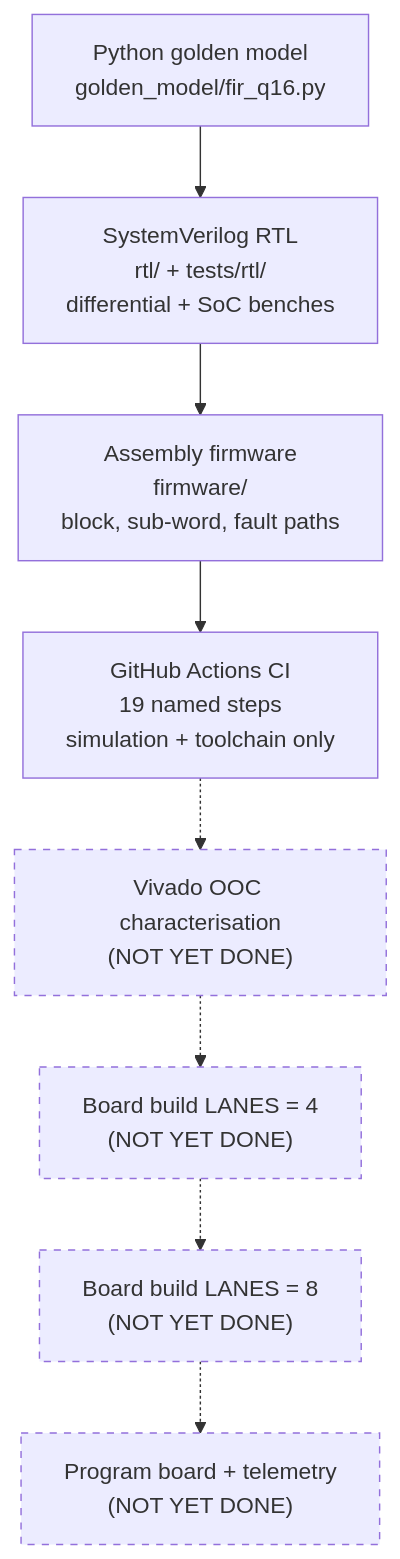
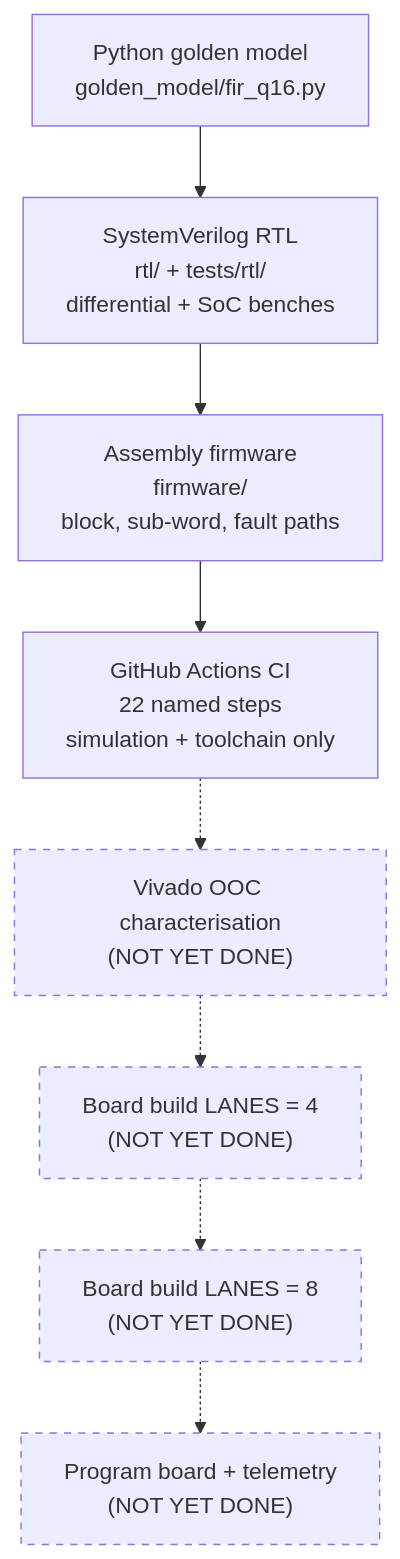
The third of 3 diagrams in README.md (Aneeshparveda/NEXUS-32), drawn with Mermaid before and after one commit. The commit also changed other lines of this file and 40 other files, not shown here.

First line of the commit message:
feat: self-reporting UART board demo and one-click Windows Vivado evidence flow

````diff
--- a/README.md
+++ b/README.md
@@ -106,20 +110,20 @@
 ```mermaid
 flowchart TD
     GOLD["Python golden model<br/>golden_model/fir_q16.py"]
     RTL["SystemVerilog RTL<br/>rtl/ + tests/rtl/<br/>differential + SoC benches"]
     FW["Assembly firmware<br/>firmware/<br/>block, sub-word, fault paths"]
-    CI["GitHub Actions CI<br/>19 named steps<br/>simulation + toolchain only"]
+    CI["GitHub Actions CI<br/>22 named steps<br/>simulation + toolchain only"]
     OOC["Vivado OOC characterisation<br/>(NOT YET DONE)"]
     BOARD4["Board build LANES = 4<br/>(NOT YET DONE)"]
     BOARD16["Board build LANES = 8<br/>(NOT YET DONE)"]
     PROG["Program board + telemetry<br/>(NOT YET DONE)"]
     GOLD --> RTL
     RTL --> FW
     FW --> CI
     CI -.-> OOC
     OOC -.-> BOARD4
     BOARD4 -.-> BOARD16
     BOARD16 -.-> PROG
     classDef notdone stroke-dasharray: 5 5
     class OOC,BOARD4,BOARD16,PROG notdone
 ```
````
